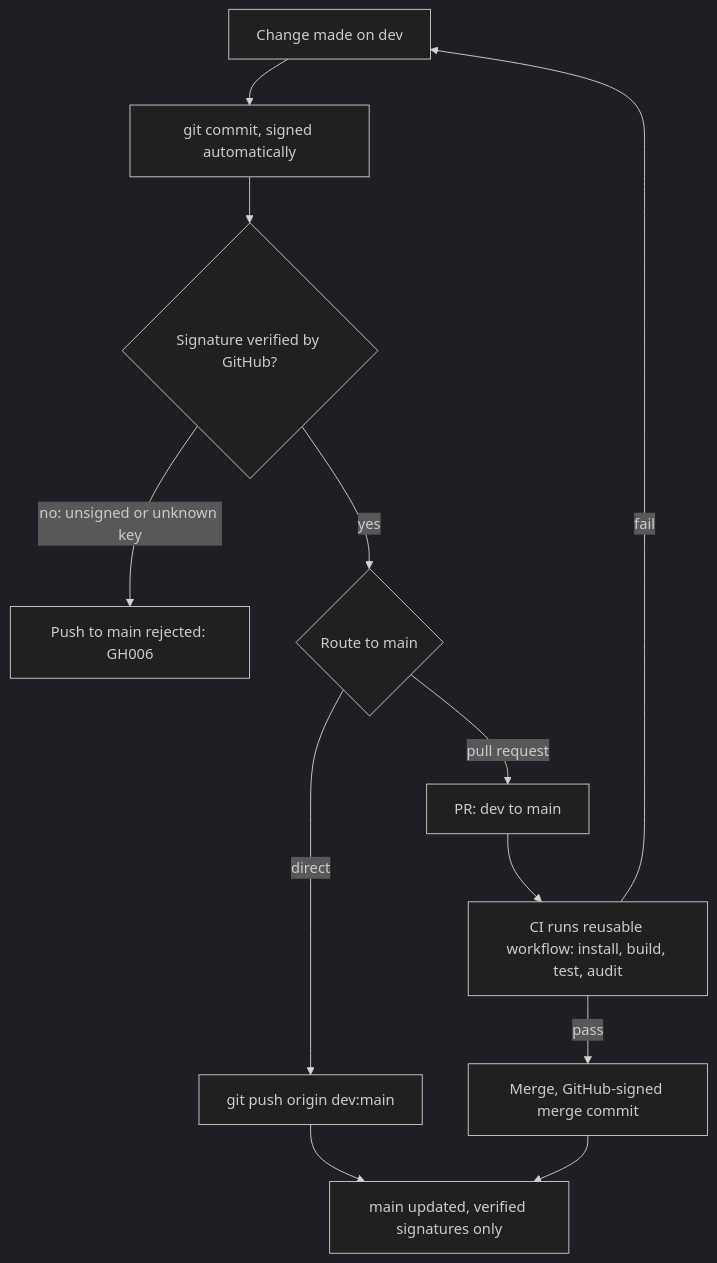
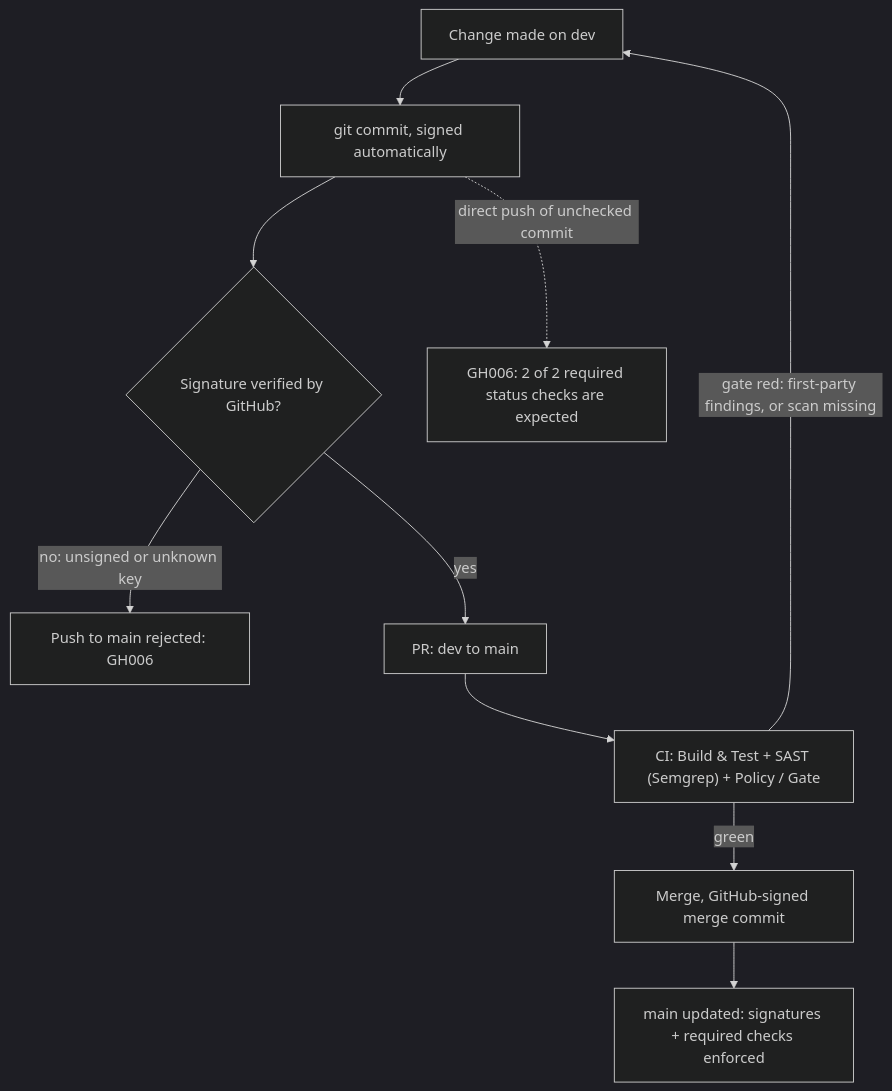
One commit to enofei/caller-repo changed the diagram in README.md. Above: the diagram before and after it, drawn with Mermaid (dark theme). The commit also changed other lines of this file and 1 other file, not shown here.

Commit message:
docs: record enforcement evidence and fix break-glass runbook
- plan.md: phase 5 executed (verify-diff, GH006 direct-push result,
  PR #10 blocked); runbook corrected - no create sub-endpoint exists,
  re-add uses full PUT mirror; execution status complete
- README: required status checks documented, flowchart updated

````diff
--- a/README.md
+++ b/README.md
@@ -71,14 +77,12 @@
 ```mermaid
 flowchart TD
     A["Change made on dev"] --> B["git commit, signed automatically"]
     B --> C{"Signature verified by GitHub?"}
     C -->|"no: unsigned or unknown key"| D["Push to main rejected: GH006"]
-    C -->|yes| E{"Route to main"}
-    E -->|direct| F["git push origin dev:main"]
-    E -->|"pull request"| G["PR: dev to main"]
-    G --> H["CI runs reusable workflow: install, build, test, audit"]
-    H -->|fail| A
-    H -->|pass| I["Merge, GitHub-signed merge commit"]
-    F --> J["main updated, verified signatures only"]
-    I --> J
+    C -->|yes| G["PR: dev to main"]
+    G --> H["CI: Build & Test + SAST (Semgrep) + Policy / Gate"]
+    H -->|"gate red: first-party findings, or scan missing"| A
+    H -->|green| I["Merge, GitHub-signed merge commit"]
+    I --> J["main updated: signatures + required checks enforced"]
+    B -.->|"direct push of unchecked commit"| K["GH006: 2 of 2 required status checks are expected"]
 ```
````
